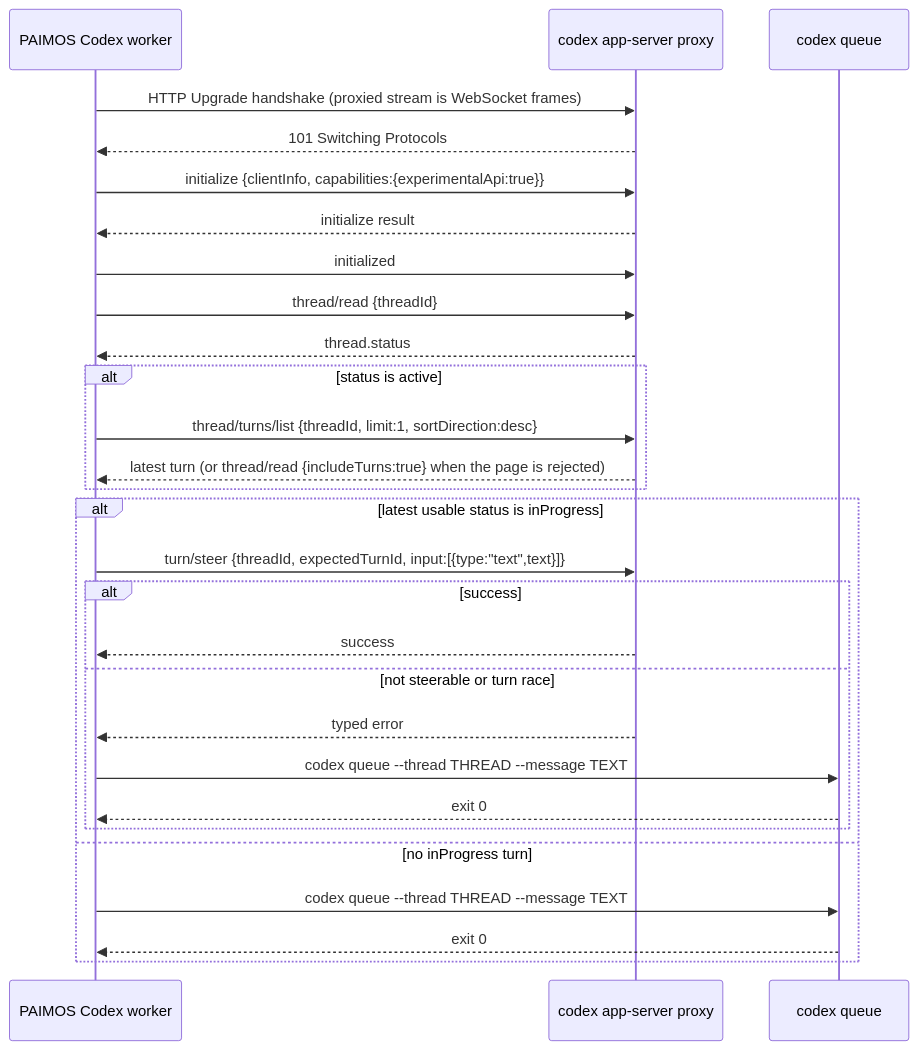
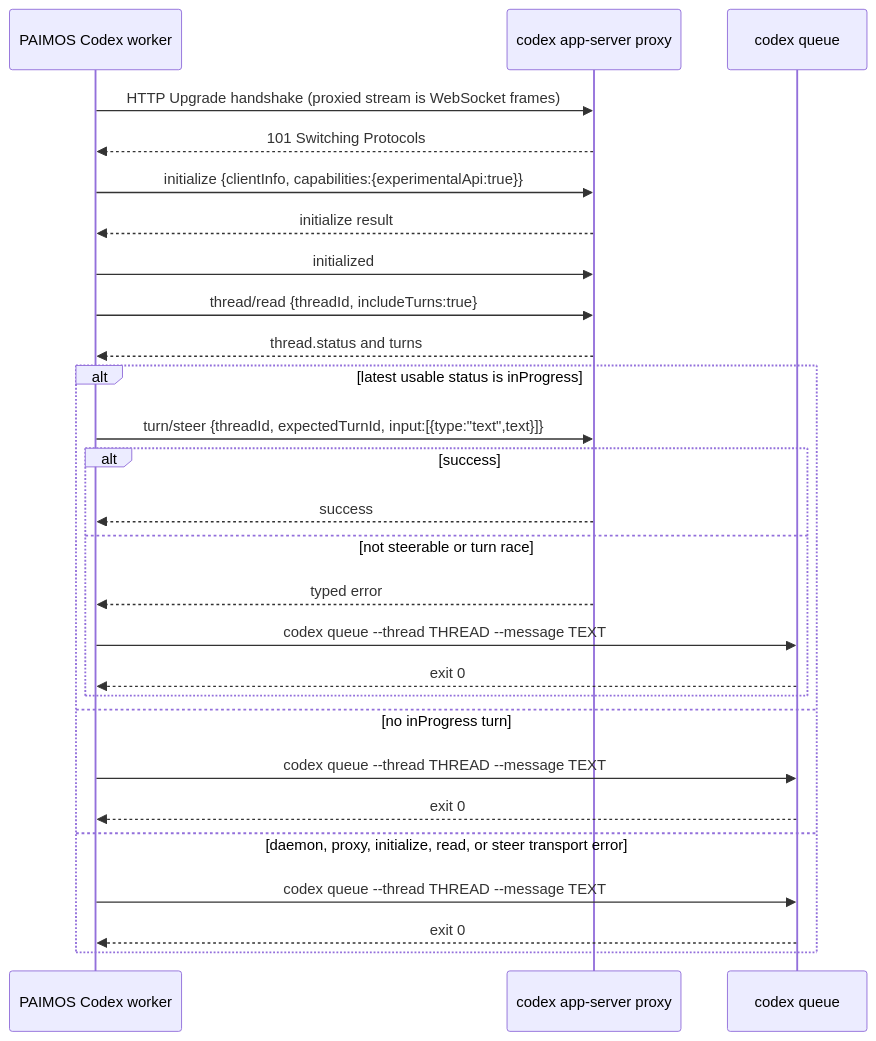
The third of 3 diagrams in docs/AGENT_BUS_ARCHITECTURE.md (inspr-at/paimos), drawn with Mermaid before and after one commit. The commit also changed other lines of this file and 14 other files, not shown here.

Commit message:
fix(agent-bus): stabilize Codex steer fallback (PAI-840)

````diff
--- a/docs/AGENT_BUS_ARCHITECTURE.md
+++ b/docs/AGENT_BUS_ARCHITECTURE.md
@@ -398,31 +399,30 @@
 ```mermaid
 sequenceDiagram
     participant W as PAIMOS Codex worker
     participant X as codex app-server proxy
     participant Q as codex queue
 
     W->>X: HTTP Upgrade handshake (proxied stream is WebSocket frames)
     X-->>W: 101 Switching Protocols
     W->>X: initialize {clientInfo, capabilities:{experimentalApi:true}}
     X-->>W: initialize result
     W->>X: initialized
-    W->>X: thread/read {threadId}
-    X-->>W: thread.status
-    alt status is active
-        W->>X: thread/turns/list {threadId, limit:1, sortDirection:desc}
-        X-->>W: latest turn (or thread/read {includeTurns:true} when the page is rejected)
-    end
+    W->>X: thread/read {threadId, includeTurns:true}
+    X-->>W: thread.status and turns
     alt latest usable status is inProgress
         W->>X: turn/steer {threadId, expectedTurnId, input:[{type:"text",text}]}
         alt success
             X-->>W: success
         else not steerable or turn race
             X-->>W: typed error
             W->>Q: codex queue --thread THREAD --message TEXT
             Q-->>W: exit 0
         end
     else no inProgress turn
         W->>Q: codex queue --thread THREAD --message TEXT
         Q-->>W: exit 0
+    else daemon, proxy, initialize, read, or steer transport error
+        W->>Q: codex queue --thread THREAD --message TEXT
+        Q-->>W: exit 0
     end
 ```
````
